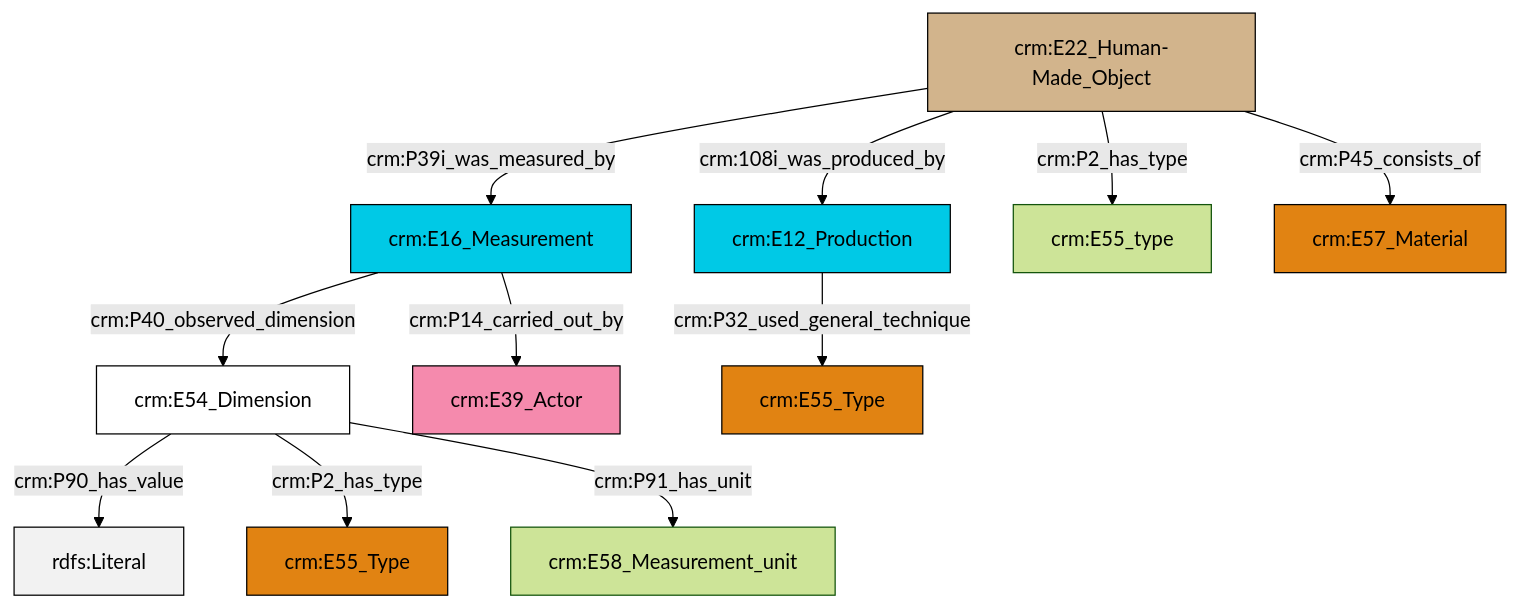
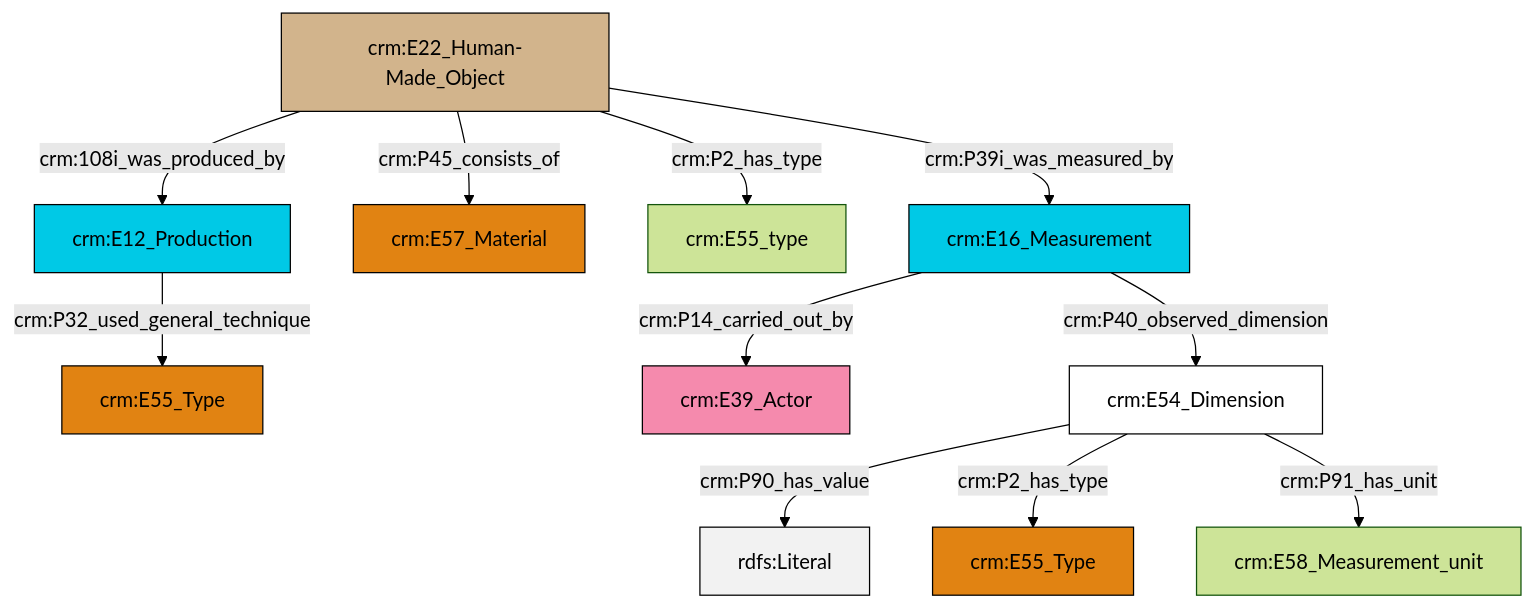
Before and after one commit to swiss-art-research-net/reference-data-models: the diagram in et/artworkCSV/ttl/mmd/Artwork_substance.ttl.mmd, drawn with Mermaid (forest theme). The commit also changed 126 other files, not shown here.

```diff
--- a/et/artworkCSV/ttl/mmd/Artwork_substance.ttl.mmd
+++ b/et/artworkCSV/ttl/mmd/Artwork_substance.ttl.mmd
@@ -1,25 +1,25 @@
 graph TD
 classDef Literal fill:#f2f2f2,stroke:#000000;
 classDef CRM_Entity fill:#FFFFFF,stroke:#000000;
 classDef Temporal_Entity fill:#00C9E6, stroke:#000000;
 classDef Type fill:#E18312, stroke:#000000;
 classDef Time-Span fill:#2C9C91, stroke:#000000;
 classDef Appellation fill:#FFEB7F, stroke:#000000;
 classDef Place fill:#008836, stroke:#000000;
 classDef Persistent_Item fill:#B266B2, stroke:#000000;
 classDef Conceptual_Object fill:#FFD700, stroke:#000000;
 classDef Physical_Thing fill:#D2B48C, stroke:#000000;
 classDef Actor fill:#f58aad, stroke:#000000;
 classDef PC_Classes fill:#4ce600, stroke:#000000;
 classDef Multi fill:#cccccc,stroke:#000000;
 
-0["crm:E16_Measurement"]:::Temporal_Entity -->|crm:P40_observed_dimension| 1["crm:E54_Dimension"]:::CRM_Entity
+0["crm:E54_Dimension"]:::CRM_Entity -->|crm:P90_has_value| 1[rdfs:Literal]:::Literal
 2["crm:E22_Human-Made_Object"]:::Physical_Thing -->|crm:108i_was_produced_by| 3["crm:E12_Production"]:::Temporal_Entity
-3["crm:E12_Production"]:::Temporal_Entity -->|crm:P32_used_general_technique| 9["crm:E55_Type"]:::Type
-2["crm:E22_Human-Made_Object"]:::Physical_Thing -->|crm:P39i_was_measured_by| 0["crm:E16_Measurement"]:::Temporal_Entity
-0["crm:E16_Measurement"]:::Temporal_Entity -->|crm:P14_carried_out_by| 5["crm:E39_Actor"]:::Actor
-1["crm:E54_Dimension"]:::CRM_Entity -->|crm:P90_has_value| 15[rdfs:Literal]:::Literal
-2["crm:E22_Human-Made_Object"]:::Physical_Thing -->|crm:P45_consists_of| 10["crm:E57_Material"]:::Type
-1["crm:E54_Dimension"]:::CRM_Entity -->|crm:P2_has_type| 16["crm:E55_Type"]:::Type
-1["crm:E54_Dimension"]:::CRM_Entity -->|crm:P91_has_unit| 13["crm:E58_Measurement_unit"]:::Default
-2["crm:E22_Human-Made_Object"]:::Physical_Thing -->|crm:P2_has_type| 7["crm:E55_type"]:::Default
+0["crm:E54_Dimension"]:::CRM_Entity -->|crm:P2_has_type| 7["crm:E55_Type"]:::Type
+2["crm:E22_Human-Made_Object"]:::Physical_Thing -->|crm:P45_consists_of| 5["crm:E57_Material"]:::Type
+2["crm:E22_Human-Made_Object"]:::Physical_Thing -->|crm:P2_has_type| 15["crm:E55_type"]:::Default
+2["crm:E22_Human-Made_Object"]:::Physical_Thing -->|crm:P39i_was_measured_by| 9["crm:E16_Measurement"]:::Temporal_Entity
+9["crm:E16_Measurement"]:::Temporal_Entity -->|crm:P14_carried_out_by| 16["crm:E39_Actor"]:::Actor
+3["crm:E12_Production"]:::Temporal_Entity -->|crm:P32_used_general_technique| 11["crm:E55_Type"]:::Type
+9["crm:E16_Measurement"]:::Temporal_Entity -->|crm:P40_observed_dimension| 0["crm:E54_Dimension"]:::CRM_Entity
+0["crm:E54_Dimension"]:::CRM_Entity -->|crm:P91_has_unit| 13["crm:E58_Measurement_unit"]:::Default
```
